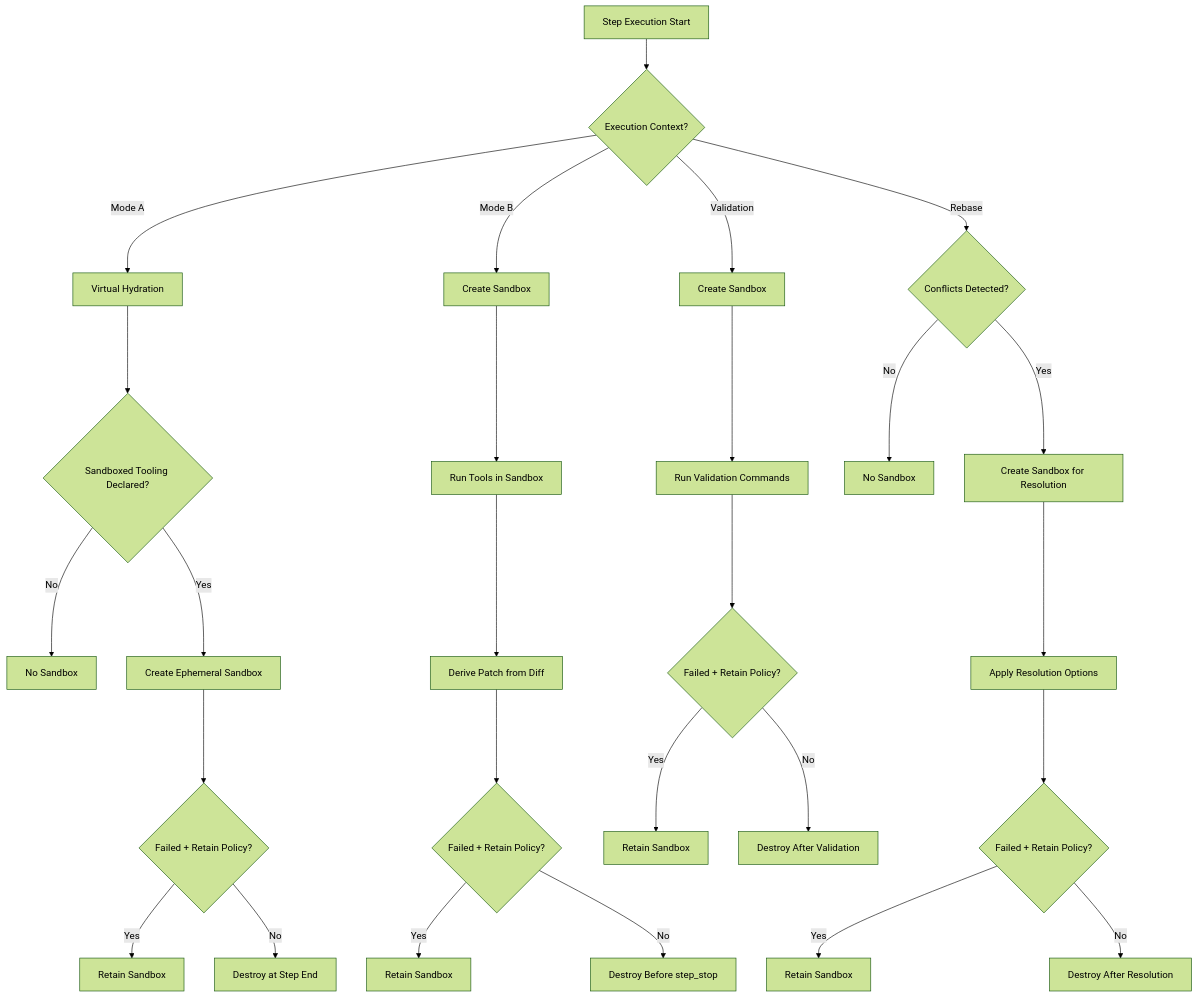
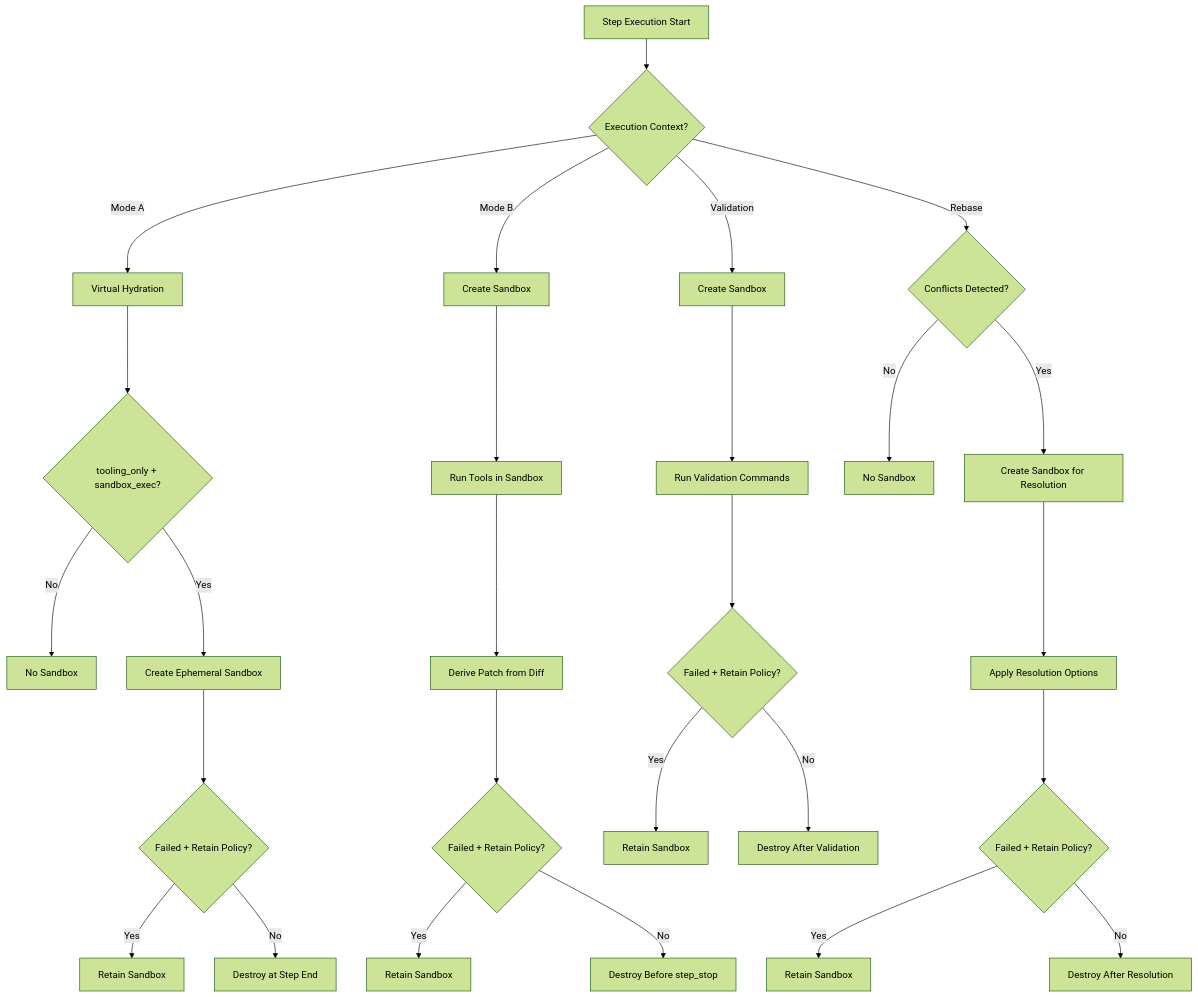
One commit to nestharus/ai-workflow changed the diagram in .tasks/plans/workflow engine 3/Tech_Plan__Integration/09_Sandboxes__JJ_Workspaces.md. Above: the diagram before and after it, drawn with Mermaid (forest theme). The commit also changed other lines of this file and 2 other files, not shown here.

Commit message:
Refine sandbox policy schema with tooling_only field for Mode A ephemeral sandboxes

````diff
--- a/.tasks/plans/workflow engine 3/Tech_Plan__Integration/09_Sandboxes__JJ_Workspaces.md
+++ b/.tasks/plans/workflow engine 3/Tech_Plan__Integration/09_Sandboxes__JJ_Workspaces.md
@@ -88,33 +89,33 @@
 ```mermaid
 flowchart TD
     Start[Step Execution Start] --> Context{Execution Context?}
     Context -->|Mode A| ModeA[Virtual Hydration]
     Context -->|Mode B| ModeB[Create Sandbox]
     Context -->|Validation| Val[Create Sandbox]
     Context -->|Rebase| Rebase{Conflicts Detected?}
 
-    ModeA --> SyntaxCheck{Sandboxed Tooling Declared?}
+    ModeA --> SyntaxCheck{tooling_only + sandbox_exec?}
     SyntaxCheck -->|No| NoSandbox[No Sandbox]
     SyntaxCheck -->|Yes| EphemeralSandbox[Create Ephemeral Sandbox]
     EphemeralSandbox --> CleanupA{Failed + Retain Policy?}
     CleanupA -->|Yes| RetainA[Retain Sandbox]
     CleanupA -->|No| DestroyA[Destroy at Step End]
 
     ModeB --> RunTools[Run Tools in Sandbox]
     RunTools --> DerivePatch[Derive Patch from Diff]
     DerivePatch --> FailureCheck{Failed + Retain Policy?}
     FailureCheck -->|Yes| RetainB[Retain Sandbox]
     FailureCheck -->|No| DestroyB[Destroy Before step_stop]
 
     Val --> RunValidation[Run Validation Commands]
     RunValidation --> ValFailure{Failed + Retain Policy?}
     ValFailure -->|Yes| RetainVal[Retain Sandbox]
     ValFailure -->|No| DestroyVal[Destroy After Validation]
 
     Rebase -->|No| NoRebaseSandbox[No Sandbox]
     Rebase -->|Yes| CreateRebaseSandbox[Create Sandbox for Resolution]
     CreateRebaseSandbox --> ResolveConflict[Apply Resolution Options]
     ResolveConflict --> RebaseFailure{Failed + Retain Policy?}
     RebaseFailure -->|Yes| RetainRebase[Retain Sandbox]
     RebaseFailure -->|No| DestroyRebase[Destroy After Resolution]
 ```
````
